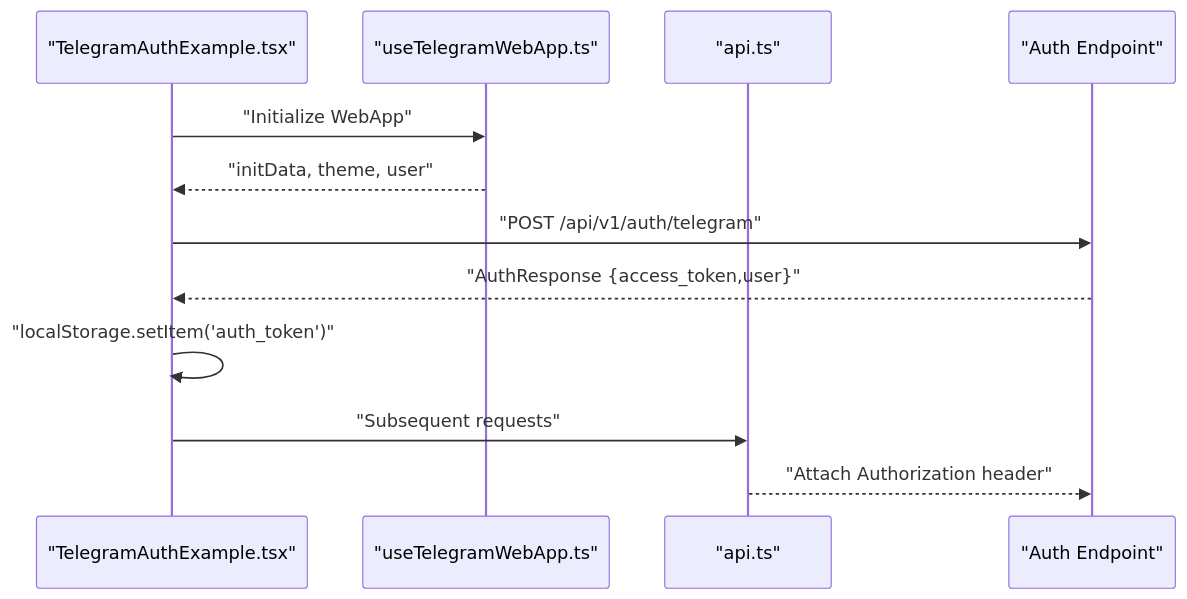
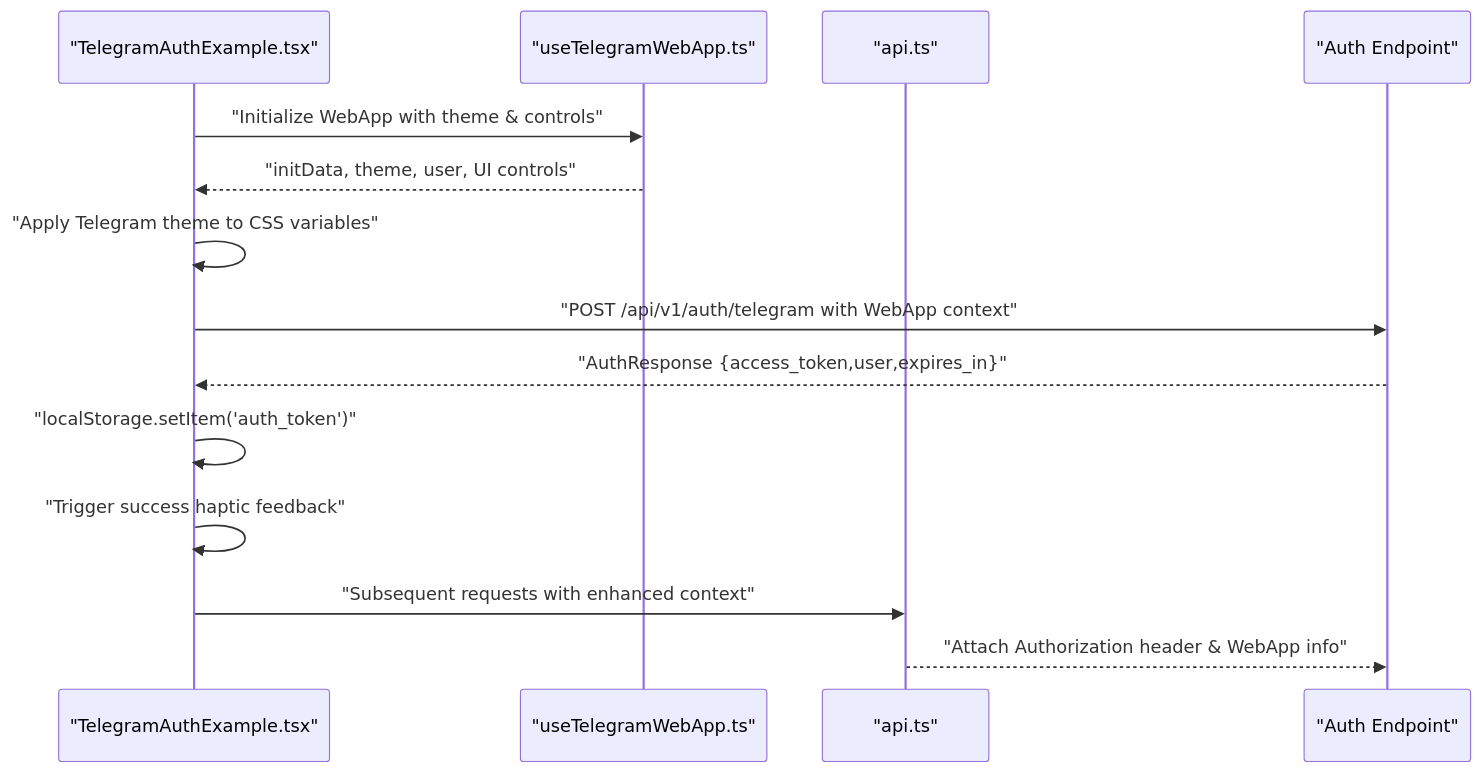
Before and after one commit to nilsnavi/fit_trackerpro: the sixth of 7 diagrams in .qoder/repowiki/en/content/Architecture & Design/Component Interactions.md, drawn with Mermaid. The commit also changed other lines of this file and 26 other files, not shown here.

````diff
--- a/.qoder/repowiki/en/content/Architecture & Design/Component Interactions.md
+++ b/.qoder/repowiki/en/content/Architecture & Design/Component Interactions.md
@@ -288,14 +335,16 @@
 ```mermaid
 sequenceDiagram
 participant FE as "TelegramAuthExample.tsx"
 participant TW as "useTelegramWebApp.ts"
 participant AX as "api.ts"
 participant BE as "Auth Endpoint"
-FE->>TW : "Initialize WebApp"
-TW-->>FE : "initData, theme, user"
-FE->>BE : "POST /api/v1/auth/telegram"
-BE-->>FE : "AuthResponse {access_token,user}"
+FE->>TW : "Initialize WebApp with theme & controls"
+TW-->>FE : "initData, theme, user, UI controls"
+FE->>FE : "Apply Telegram theme to CSS variables"
+FE->>BE : "POST /api/v1/auth/telegram with WebApp context"
+BE-->>FE : "AuthResponse {access_token,user,expires_in}"
 FE->>FE : "localStorage.setItem('auth_token')"
-FE->>AX : "Subsequent requests"
-AX-->>BE : "Attach Authorization header"
+FE->>FE : "Trigger success haptic feedback"
+FE->>AX : "Subsequent requests with enhanced context"
+AX-->>BE : "Attach Authorization header & WebApp info"
 ```
````
